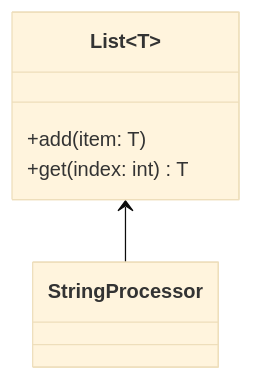
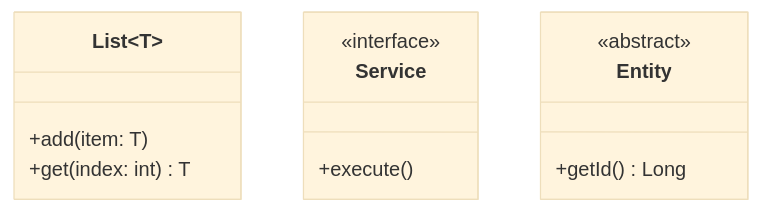
Before and after one commit to betterlmy/agent-skills: the tenth of 10 diagrams in skills/mermaid-diagrams/references/class-diagrams.md, drawn with Mermaid (base theme). The commit also changed other lines of this file and 46 other files, not shown here.

````diff
--- a/skills/mermaid-diagrams/references/class-diagrams.md
+++ b/skills/mermaid-diagrams/references/class-diagrams.md
@@ -172,9 +106,17 @@
 ```mermaid
 classDiagram
     class List~T~ {
         +add(item: T)
         +get(index: int) T
     }
-    
-    List~String~ <-- StringProcessor
+
+    class Service {
+        <<interface>>
+        +execute()
+    }
+
+    class Entity {
+        <<abstract>>
+        +getId() Long
+    }
 ```
````
